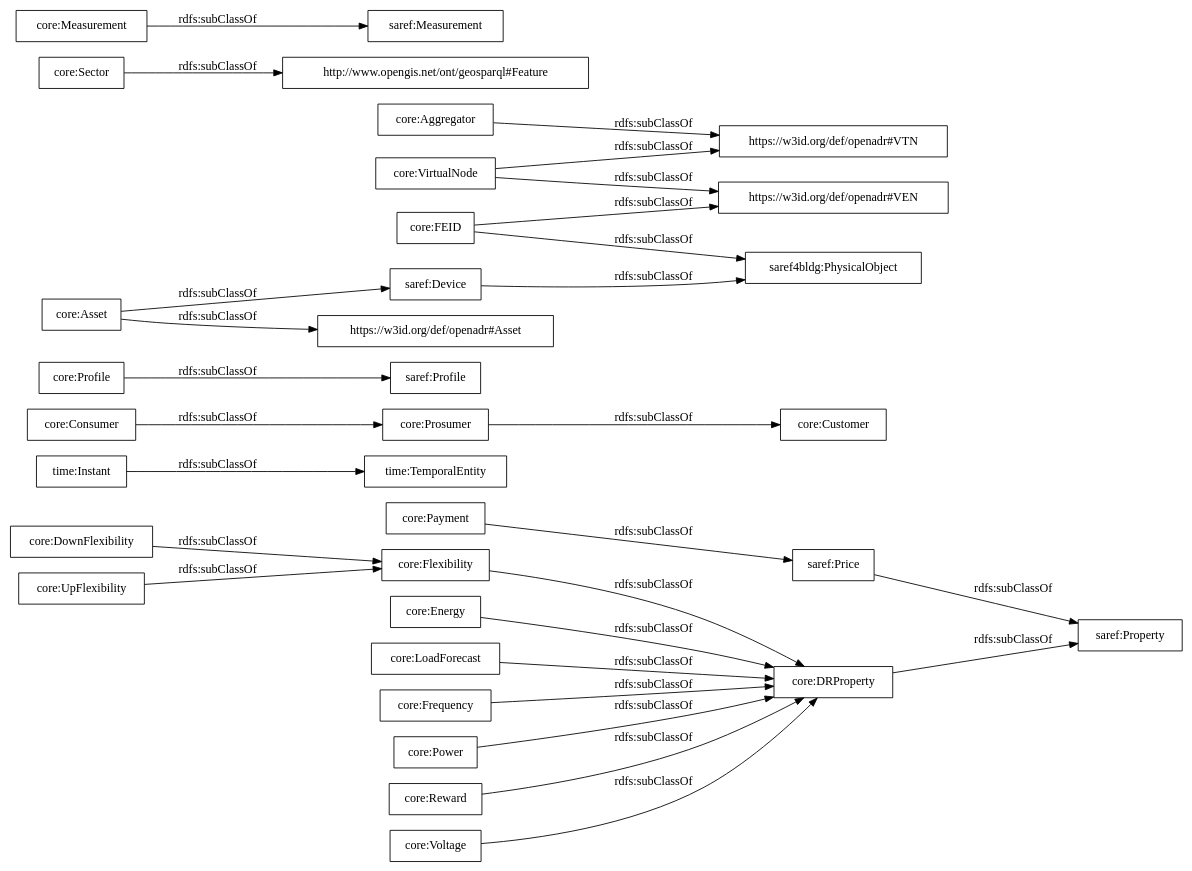
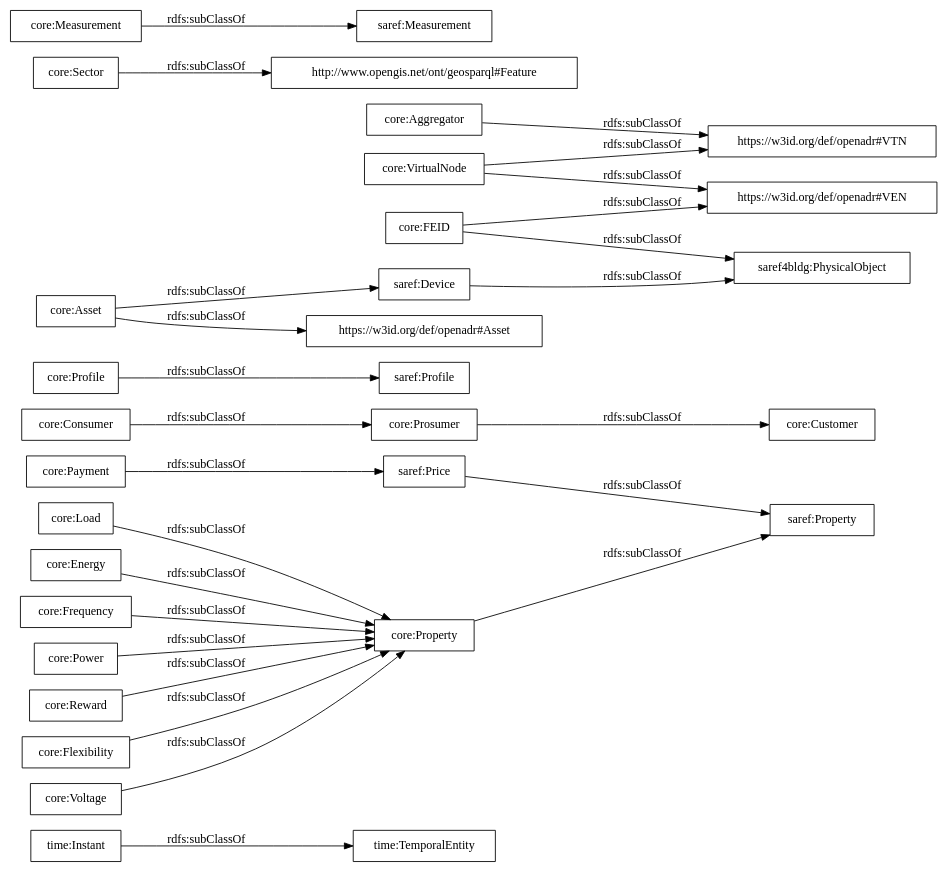
The diagram in OnToology/ontology/delta.ttl/diagrams/ar2dtool-taxonomy/delta.ttl.png.dot (oeg-upm/delta-ontology), drawn with Graphviz before and after one commit. The commit also changed 12 other files, not shown here.

```diff
--- a/OnToology/ontology/delta.ttl/diagrams/ar2dtool-taxonomy/delta.ttl.png.dot
+++ b/OnToology/ontology/delta.ttl/diagrams/ar2dtool-taxonomy/delta.ttl.png.dot
@@ -1,32 +1,30 @@
 digraph ar2dtool_diagram { 
 rankdir=LR;
 size="1000"
-node [shape = rectangle, color="black"]; "core:DownFlexibility" "core:LoadForecast" "time:Instant" "core:Frequency" "core:Customer" "core:Power" "saref:Profile" "core:VirtualNode" "core:Sector" "core:DRProperty" "saref:Device" "saref4bldg:PhysicalObject" "core:Consumer" "core:Aggregator" "core:Measurement" "core:Prosumer" "saref:Measurement" "core:Reward" "time:TemporalEntity" "saref:Price" "core:Asset" "core:Flexibility" "http://www.opengis.net/ont/geosparql#Feature" "core:Voltage" "saref:Property" "core:Profile" "core:UpFlexibility" "core:FEID" "core:Energy" "core:Payment" ; /*classes style*/
-	"core:DownFlexibility" -> "core:Flexibility" [ label = "rdfs:subClassOf" ];
+node [shape = rectangle, color="black"]; "time:Instant" "core:Load" "core:Frequency" "core:Customer" "core:Power" "saref:Profile" "core:VirtualNode" "core:Sector" "saref:Device" "saref4bldg:PhysicalObject" "core:Consumer" "core:Aggregator" "core:Measurement" "core:Prosumer" "saref:Measurement" "core:Reward" "time:TemporalEntity" "saref:Price" "core:Asset" "core:Flexibility" "http://www.opengis.net/ont/geosparql#Feature" "core:Voltage" "saref:Property" "core:Profile" "core:Property" "core:FEID" "core:Energy" "core:Payment" ; /*classes style*/
+	"core:Flexibility" -> "core:Property" [ label = "rdfs:subClassOf" ];
 	"saref:Price" -> "saref:Property" [ label = "rdfs:subClassOf" ];
-	"core:Flexibility" -> "core:DRProperty" [ label = "rdfs:subClassOf" ];
 	"core:Payment" -> "saref:Price" [ label = "rdfs:subClassOf" ];
 	"core:Measurement" -> "saref:Measurement" [ label = "rdfs:subClassOf" ];
 	"core:VirtualNode" -> "https://w3id.org/def/openadr#VTN" [ label = "rdfs:subClassOf" ];
 	"core:VirtualNode" -> "https://w3id.org/def/openadr#VEN" [ label = "rdfs:subClassOf" ];
-	"core:Voltage" -> "core:DRProperty" [ label = "rdfs:subClassOf" ];
+	"core:Voltage" -> "core:Property" [ label = "rdfs:subClassOf" ];
 	"core:Sector" -> "http://www.opengis.net/ont/geosparql#Feature" [ label = "rdfs:subClassOf" ];
-	"core:UpFlexibility" -> "core:Flexibility" [ label = "rdfs:subClassOf" ];
 	"core:Aggregator" -> "https://w3id.org/def/openadr#VTN" [ label = "rdfs:subClassOf" ];
-	"core:DRProperty" -> "saref:Property" [ label = "rdfs:subClassOf" ];
 	"core:FEID" -> "saref4bldg:PhysicalObject" [ label = "rdfs:subClassOf" ];
 	"core:FEID" -> "https://w3id.org/def/openadr#VEN" [ label = "rdfs:subClassOf" ];
-	"core:Energy" -> "core:DRProperty" [ label = "rdfs:subClassOf" ];
-	"core:Power" -> "core:DRProperty" [ label = "rdfs:subClassOf" ];
+	"core:Energy" -> "core:Property" [ label = "rdfs:subClassOf" ];
+	"core:Power" -> "core:Property" [ label = "rdfs:subClassOf" ];
 	"core:Asset" -> "saref:Device" [ label = "rdfs:subClassOf" ];
 	"core:Asset" -> "https://w3id.org/def/openadr#Asset" [ label = "rdfs:subClassOf" ];
-	"core:Frequency" -> "core:DRProperty" [ label = "rdfs:subClassOf" ];
+	"core:Frequency" -> "core:Property" [ label = "rdfs:subClassOf" ];
 	"core:Prosumer" -> "core:Customer" [ label = "rdfs:subClassOf" ];
-	"core:LoadForecast" -> "core:DRProperty" [ label = "rdfs:subClassOf" ];
+	"core:Property" -> "saref:Property" [ label = "rdfs:subClassOf" ];
 	"time:Instant" -> "time:TemporalEntity" [ label = "rdfs:subClassOf" ];
 	"core:Profile" -> "saref:Profile" [ label = "rdfs:subClassOf" ];
 	"core:Consumer" -> "core:Prosumer" [ label = "rdfs:subClassOf" ];
-	"core:Reward" -> "core:DRProperty" [ label = "rdfs:subClassOf" ];
+	"core:Reward" -> "core:Property" [ label = "rdfs:subClassOf" ];
+	"core:Load" -> "core:Property" [ label = "rdfs:subClassOf" ];
 	"saref:Device" -> "saref4bldg:PhysicalObject" [ label = "rdfs:subClassOf" ];
 
 }
```
